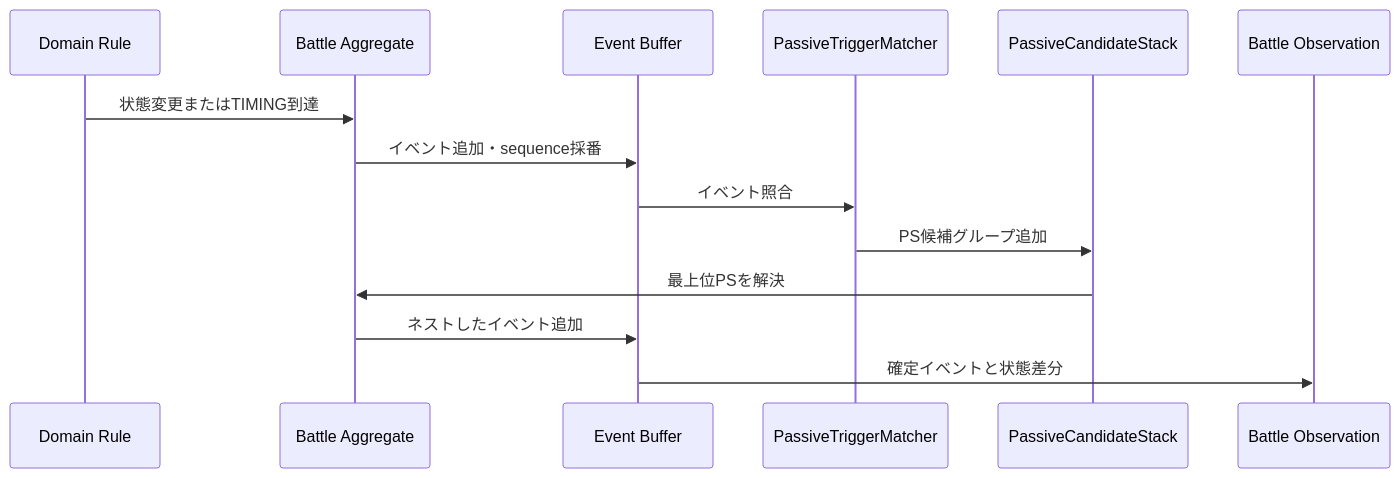
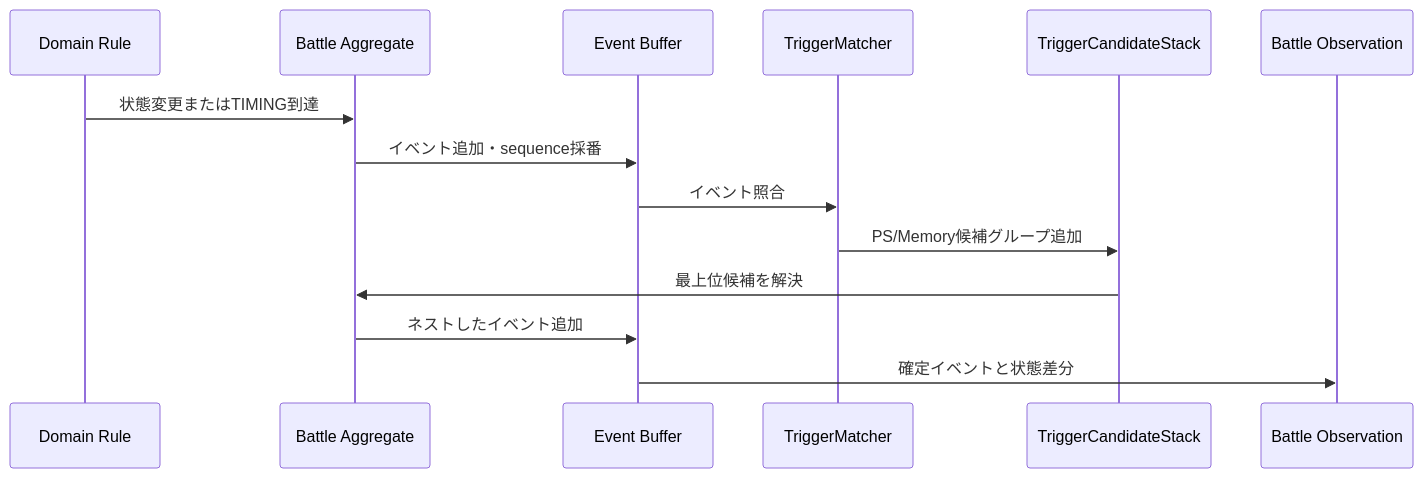
The first of 2 diagrams in docs/ddd/08_ドメインイベント.md (komei0727/muvluvgg_battle_simulator), drawn with Mermaid before and after one commit. The commit also changed other lines of this file and 13 other files, not shown here.

````diff
--- a/docs/ddd/08_ドメインイベント.md
+++ b/docs/ddd/08_ドメインイベント.md
@@ -140,17 +142,17 @@
 ```mermaid
 sequenceDiagram
     participant Rule as Domain Rule
     participant Battle as Battle Aggregate
     participant Events as Event Buffer
-    participant Matcher as PassiveTriggerMatcher
-    participant Stack as PassiveCandidateStack
+    participant Matcher as TriggerMatcher
+    participant Stack as TriggerCandidateStack
     participant Observer as Battle Observation
 
     Rule->>Battle: 状態変更またはTIMING到達
     Battle->>Events: イベント追加・sequence採番
     Events->>Matcher: イベント照合
-    Matcher->>Stack: PS候補グループ追加
-    Stack->>Battle: 最上位PSを解決
+    Matcher->>Stack: PS/Memory候補グループ追加
+    Stack->>Battle: 最上位候補を解決
     Battle->>Events: ネストしたイベント追加
     Events->>Observer: 確定イベントと状態差分
 ```
````
